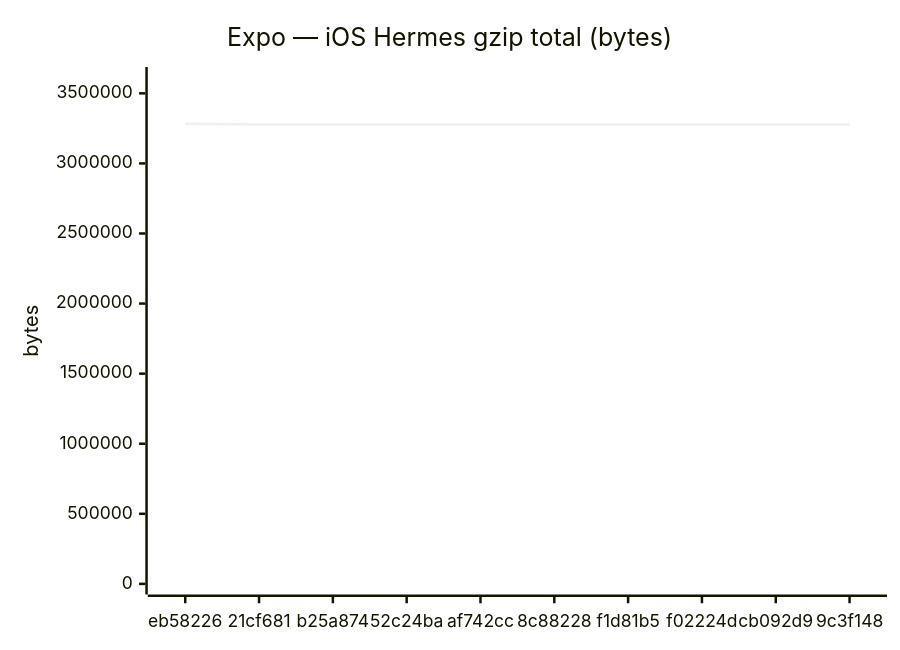
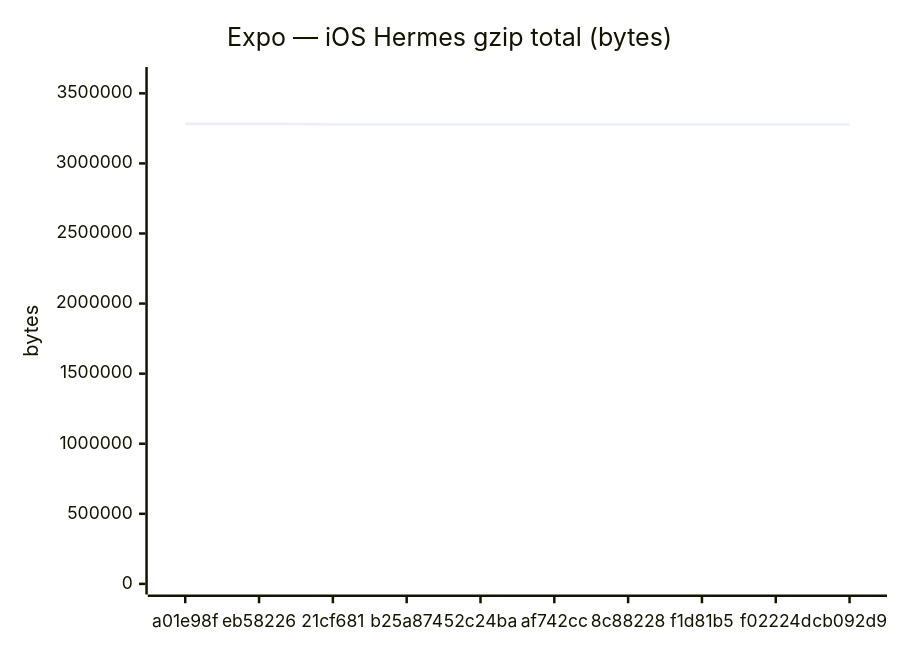
The sixth of 18 diagrams in benchmarks/compare.md (Metaheurist/Rianell), drawn with Mermaid before and after one commit. The commit also changed other lines of this file and 11 other files, not shown here.

````diff
--- a/benchmarks/compare.md
+++ b/benchmarks/compare.md
@@ -96,7 +96,7 @@
 ```mermaid
 xychart-beta
     title "Expo — iOS Hermes gzip total (bytes)"
-    x-axis ["eb58226", "21cf681", "b25a874", "52c24ba", "af742cc", "8c88228", "f1d81b5", "f02224d", "cb092d9", "9c3f148"]
-    y-axis "bytes" 0 --> 3612146
-    line [3283769, 3278198, 3278199, 3278191, 3278197, 3277689, 3278200, 3278200, 3278198, 3278199]
+    x-axis ["a01e98f", "eb58226", "21cf681", "b25a874", "52c24ba", "af742cc", "8c88228", "f1d81b5", "f02224d", "cb092d9"]
+    y-axis "bytes" 0 --> 3612148
+    line [3283770, 3283769, 3278198, 3278199, 3278191, 3278197, 3277689, 3278200, 3278200, 3278198]
 ```
````
